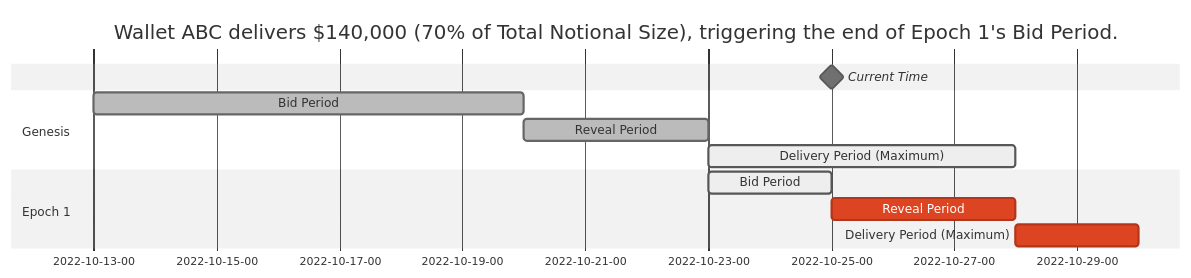
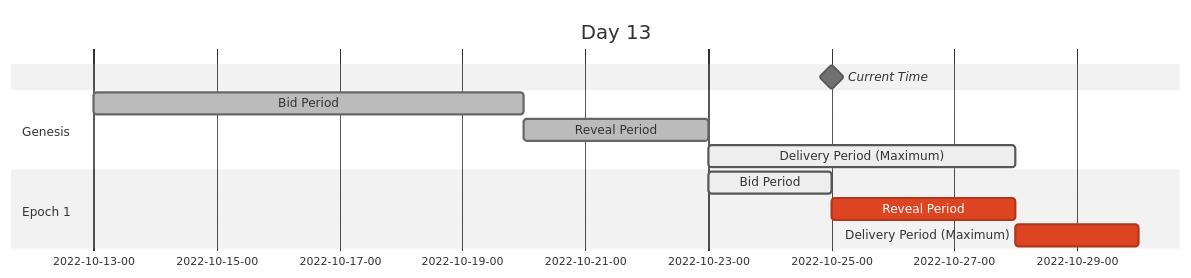
Before and after one commit to zoidz123/zoidz123.github.io: the fourth of 5 diagrams in docs/understanding-auction-behavior.md, drawn with Mermaid (neutral theme). The commit also changed other lines of this file and 18 other files, not shown here.

````diff
--- a/docs/understanding-auction-behavior.md
+++ b/docs/understanding-auction-behavior.md
@@ -182,18 +118,18 @@
 ```mermaid
 gantt
     dateFormat  YYYY-MM-DD-HH
     axisFormat  %Y-%m-%d-%H
     todayMarker off
-    title       Wallet ABC delivers $140,000 (70% of Total Notional Size), triggering the end of Epoch 1's Bid Period.
+    title       Day 13
     Current Time: milestone, 2022-10-25-00, 0d
 
     section Genesis
     Bid Period                  :done,  des1, 2022-10-13-00, 7d
     Reveal Period               :done,  des2, after des1, 3d
     Delivery Period (Maximum)             :active,  des3, after des2, 5d
 
     section Epoch 1
     Bid Period                  :active,  des4, after des2, 2d
     Reveal Period               :crit,  des5, after des4, 3d
     Delivery Period (Maximum)            :crit,  des6, after des5, 2d
 ```
````
